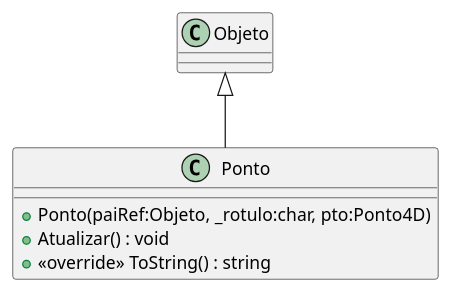
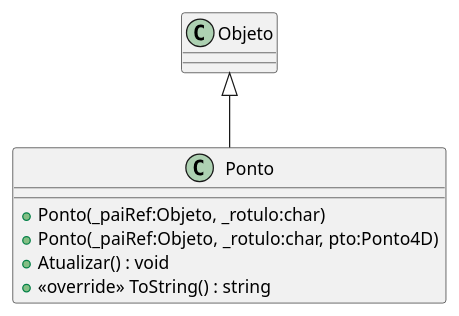
Before and after one commit to dalton-reis/CG_2024_1: the diagram in Unidade2/CG_N2_Exemplo/plantuml/Ponto.puml, drawn with PlantUML. The commit also changed 42 other files, not shown here.

```diff
--- a/Unidade2/CG_N2_Exemplo/plantuml/Ponto.puml
+++ b/Unidade2/CG_N2_Exemplo/plantuml/Ponto.puml
@@ -1,8 +1,9 @@
 @startuml
 class Ponto {
-    + Ponto(paiRef:Objeto, _rotulo:char, pto:Ponto4D)
+    + Ponto(_paiRef:Objeto, _rotulo:char)
+    + Ponto(_paiRef:Objeto, _rotulo:char, pto:Ponto4D)
     + Atualizar() : void
     + <<override>> ToString() : string
 }
 Objeto <|-- Ponto
 @enduml
```
